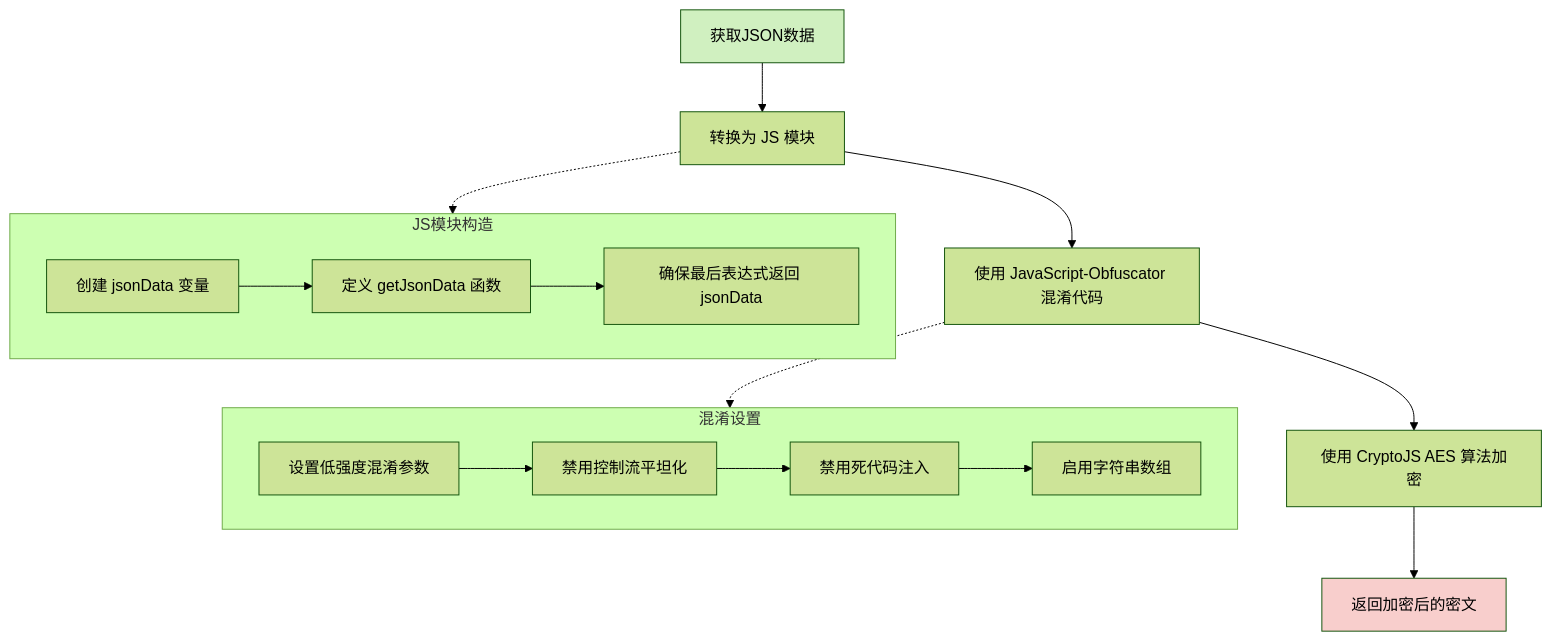
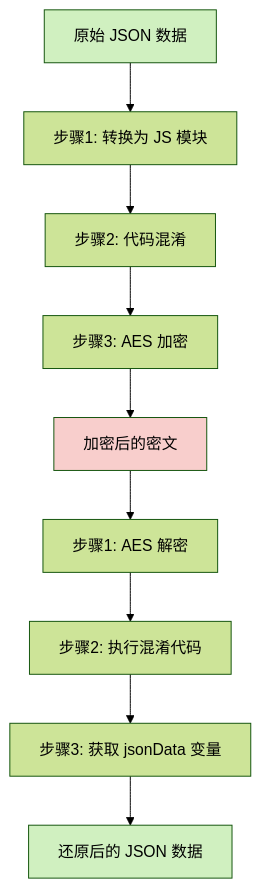
Before and after one commit to yingjianzh/iodraw-files: the diagram in all/未命名-42.md, drawn with Mermaid (forest theme).

Commit message:
2025-04-24 17:55:07 update

````diff
--- a/all/未命名-42.md
+++ b/all/未命名-42.md
@@ -1,27 +1,16 @@
 ```mermaid
-
-flowchart TD
-    A[获取JSON数据] --> D[转换为 JS 模块]
-    D --> E[使用 JavaScript-Obfuscator 混淆代码]
-    E --> F[使用 CryptoJS AES 算法加密]
-    F --> G[返回加密后的密文]
+graph TD
+    A[原始 JSON 数据] --> B[步骤1: 转换为 JS 模块]
+    B --> C[步骤2: 代码混淆]
+    C --> D[步骤3: AES 加密]
+    D --> E[加密后的密文]
     
-    subgraph JS模块构造
-    D1[创建 jsonData 变量] --> D2[定义 getJsonData 函数]
-    D2 --> D3[确保最后表达式返回 jsonData]
-    end
-    
-    subgraph 混淆设置
-    E1[设置低强度混淆参数] --> E2[禁用控制流平坦化]
-    E2 --> E3[禁用死代码注入]
-    E3 --> E4[启用字符串数组]
-    end
-    
-    D -.-> JS模块构造
-    E -.-> 混淆设置
+    E --> F[步骤1: AES 解密]
+    F --> G[步骤2: 执行混淆代码]
+    G --> H[步骤3: 获取 jsonData 变量]
+    H --> I[还原后的 JSON 数据]
     
     style A fill:#d0f0c0
-    style G fill:#f8cecc
-
-
+    style E fill:#f8cecc
+    style I fill:#d0f0c0
 ```
````
